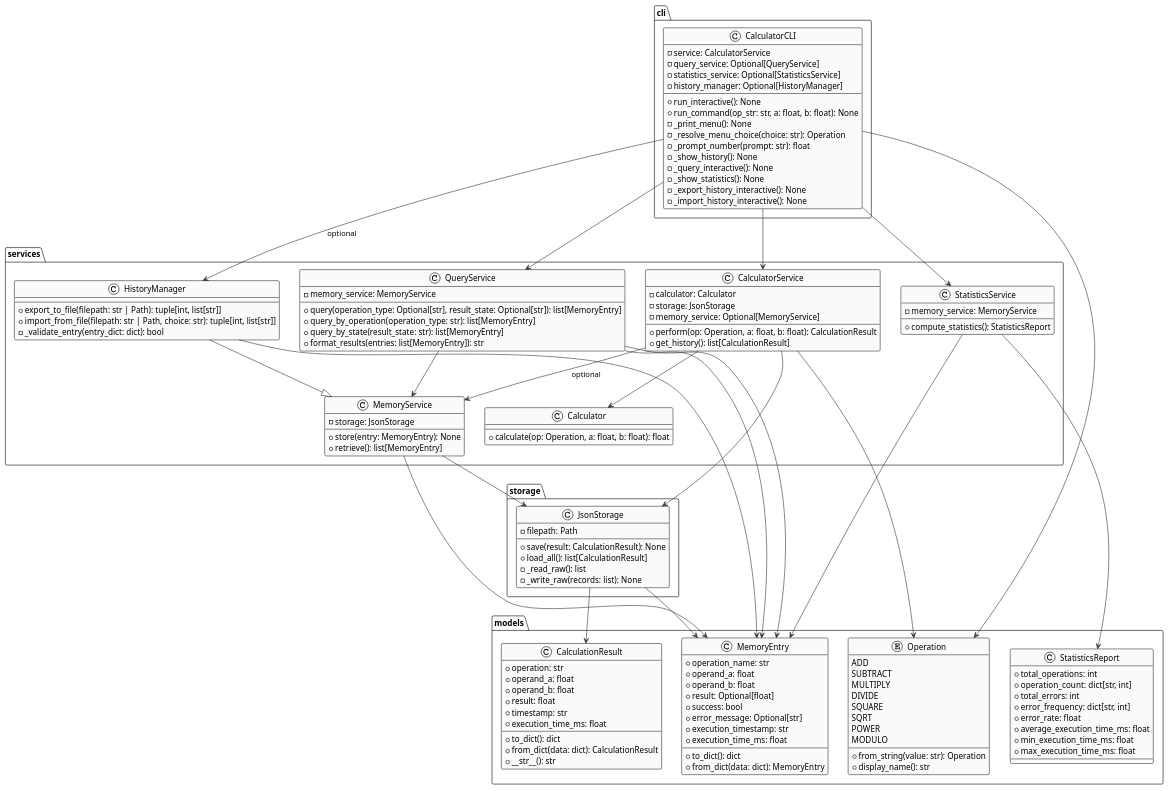
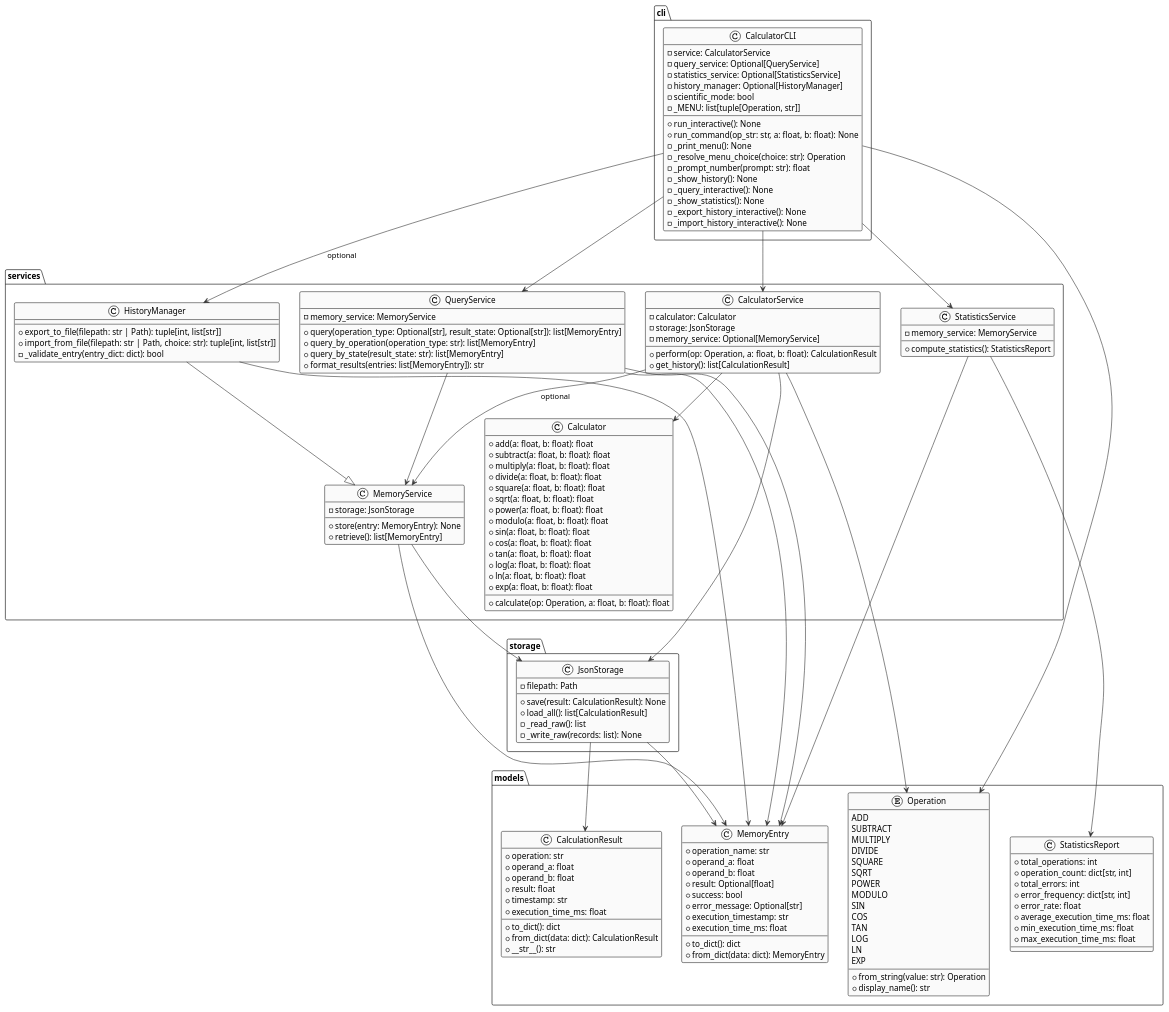
The diagram in experiments/broadcast/structured_text/calculator/artifacts/class_diagram.puml (DanielRiha8906/Software_autoevolution_using_agents), drawn with PlantUML before and after one commit. The commit also changed 8 other files, not shown here.

First line of the commit message:
Add scientific mode with trigonometric and logarithmic operations

```diff
--- a/experiments/broadcast/structured_text/calculator/artifacts/class_diagram.puml
+++ b/experiments/broadcast/structured_text/calculator/artifacts/class_diagram.puml
@@ -1,165 +1,188 @@
 @startuml
 !theme plain
 skinparam classBackgroundColor #FAFAFA
 skinparam classBorderColor #333333
 skinparam arrowColor #333333
 skinparam fontName Courier
 
 package "models" {
   enum Operation {
     ADD
     SUBTRACT
     MULTIPLY
     DIVIDE
     SQUARE
     SQRT
     POWER
     MODULO
+    SIN
+    COS
+    TAN
+    LOG
+    LN
+    EXP
     --
     +from_string(value: str): Operation
     +display_name(): str
   }
 
   class CalculationResult {
     +operation: str
     +operand_a: float
     +operand_b: float
     +result: float
     +timestamp: str
     +execution_time_ms: float
     --
     +to_dict(): dict
     +from_dict(data: dict): CalculationResult
     +__str__(): str
   }
 
   class MemoryEntry {
     +operation_name: str
     +operand_a: float
     +operand_b: float
     +result: Optional[float]
     +success: bool
     +error_message: Optional[str]
     +execution_timestamp: str
     +execution_time_ms: float
     --
     +to_dict(): dict
     +from_dict(data: dict): MemoryEntry
   }
 
   class StatisticsReport {
     +total_operations: int
     +operation_count: dict[str, int]
     +total_errors: int
     +error_frequency: dict[str, int]
     +error_rate: float
     +average_execution_time_ms: float
     +min_execution_time_ms: float
     +max_execution_time_ms: float
   }
 }
 
 package "services" {
   class Calculator {
+    +add(a: float, b: float): float
+    +subtract(a: float, b: float): float
+    +multiply(a: float, b: float): float
+    +divide(a: float, b: float): float
+    +square(a: float, b: float): float
+    +sqrt(a: float, b: float): float
+    +power(a: float, b: float): float
+    +modulo(a: float, b: float): float
+    +sin(a: float, b: float): float
+    +cos(a: float, b: float): float
+    +tan(a: float, b: float): float
+    +log(a: float, b: float): float
+    +ln(a: float, b: float): float
+    +exp(a: float, b: float): float
+    --
     +calculate(op: Operation, a: float, b: float): float
   }
 
   class CalculatorService {
     -calculator: Calculator
     -storage: JsonStorage
     -memory_service: Optional[MemoryService]
     --
     +perform(op: Operation, a: float, b: float): CalculationResult
     +get_history(): list[CalculationResult]
   }
 
   class MemoryService {
     -storage: JsonStorage
     --
     +store(entry: MemoryEntry): None
     +retrieve(): list[MemoryEntry]
   }
 
   class HistoryManager {
     --
     +export_to_file(filepath: str | Path): tuple[int, list[str]]
     +import_from_file(filepath: str | Path, choice: str): tuple[int, list[str]]
     -_validate_entry(entry_dict: dict): bool
   }
 
   class QueryService {
     -memory_service: MemoryService
     --
     +query(operation_type: Optional[str], result_state: Optional[str]): list[MemoryEntry]
     +query_by_operation(operation_type: str): list[MemoryEntry]
     +query_by_state(result_state: str): list[MemoryEntry]
     +format_results(entries: list[MemoryEntry]): str
   }
 
   class StatisticsService {
     -memory_service: MemoryService
     --
     +compute_statistics(): StatisticsReport
   }
 }
 
 package "storage" {
   class JsonStorage {
     -filepath: Path
     --
     +save(result: CalculationResult): None
     +load_all(): list[CalculationResult]
     -_read_raw(): list
     -_write_raw(records: list): None
   }
 }
 
 package "cli" {
   class CalculatorCLI {
     -service: CalculatorService
     -query_service: Optional[QueryService]
     -statistics_service: Optional[StatisticsService]
     -history_manager: Optional[HistoryManager]
+    -scientific_mode: bool
+    -_MENU: list[tuple[Operation, str]]
     --
     +run_interactive(): None
     +run_command(op_str: str, a: float, b: float): None
     -_print_menu(): None
     -_resolve_menu_choice(choice: str): Operation
     -_prompt_number(prompt: str): float
     -_show_history(): None
     -_query_interactive(): None
     -_show_statistics(): None
     -_export_history_interactive(): None
     -_import_history_interactive(): None
   }
 }
 
 ' Relationships
 CalculatorService --> Calculator
 CalculatorService --> JsonStorage
 CalculatorService --> Operation
 CalculatorService --> MemoryService : optional
 
 MemoryService --> JsonStorage
 MemoryService --> MemoryEntry
 
 HistoryManager --|> MemoryService
 HistoryManager --> MemoryEntry
 
 QueryService --> MemoryService
 QueryService --> MemoryEntry
 
 CalculatorCLI --> CalculatorService
 CalculatorCLI --> QueryService
 CalculatorCLI --> StatisticsService
 CalculatorCLI --> HistoryManager : optional
 CalculatorCLI --> Operation
 
 QueryService --> MemoryEntry
 StatisticsService --> MemoryEntry
 StatisticsService --> StatisticsReport
 
 JsonStorage --> CalculationResult
 JsonStorage --> MemoryEntry
 
 @enduml
```
